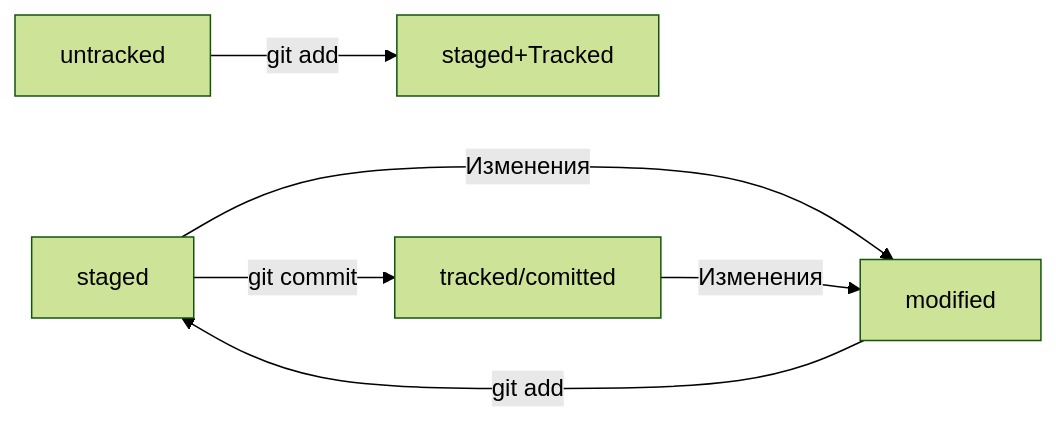
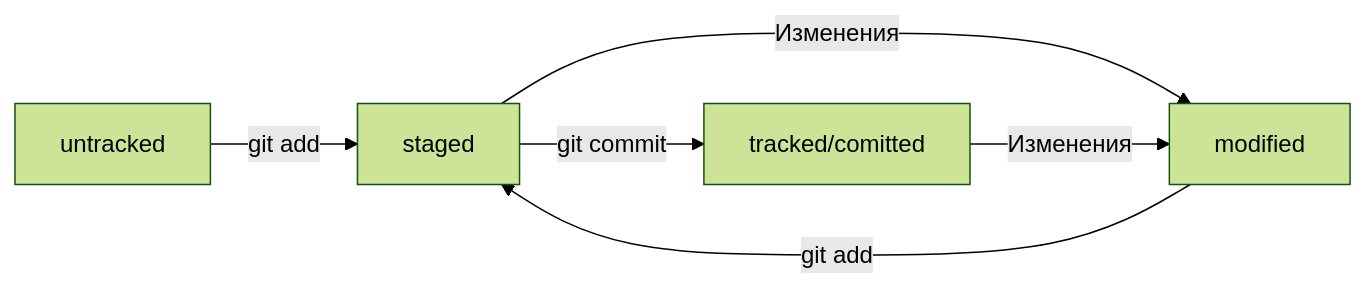
Before and after one commit to NAndrei-Qz/Way-of-the-samurai: the diagram in README.md, drawn with Mermaid (forest theme). The commit also changed other lines of this file, not shown here.

Commit message:
Доработать схему цикла жизни файлов Git

````diff
--- a/README.md
+++ b/README.md
@@ -197,9 +197,9 @@
 ```mermaid
 %% Цикл жизни файла в Git
 graph LR;
-  untracked -- "git add" --> staged+Tracked;
+  untracked -- "git add" --> staged;
   staged -- "git commit" --> tracked/comitted;
   staged -- "Изменения" --> modified;
   modified -- "git add" --> staged;
   tracked/comitted -- "Изменения" --> modified;
 ```
````
